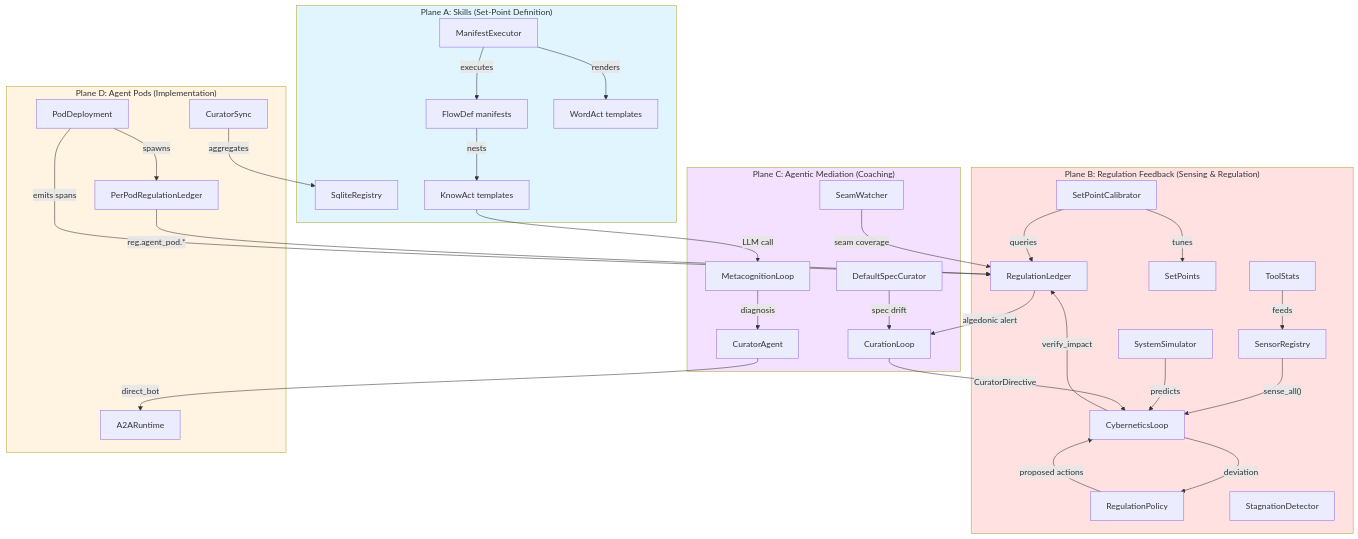
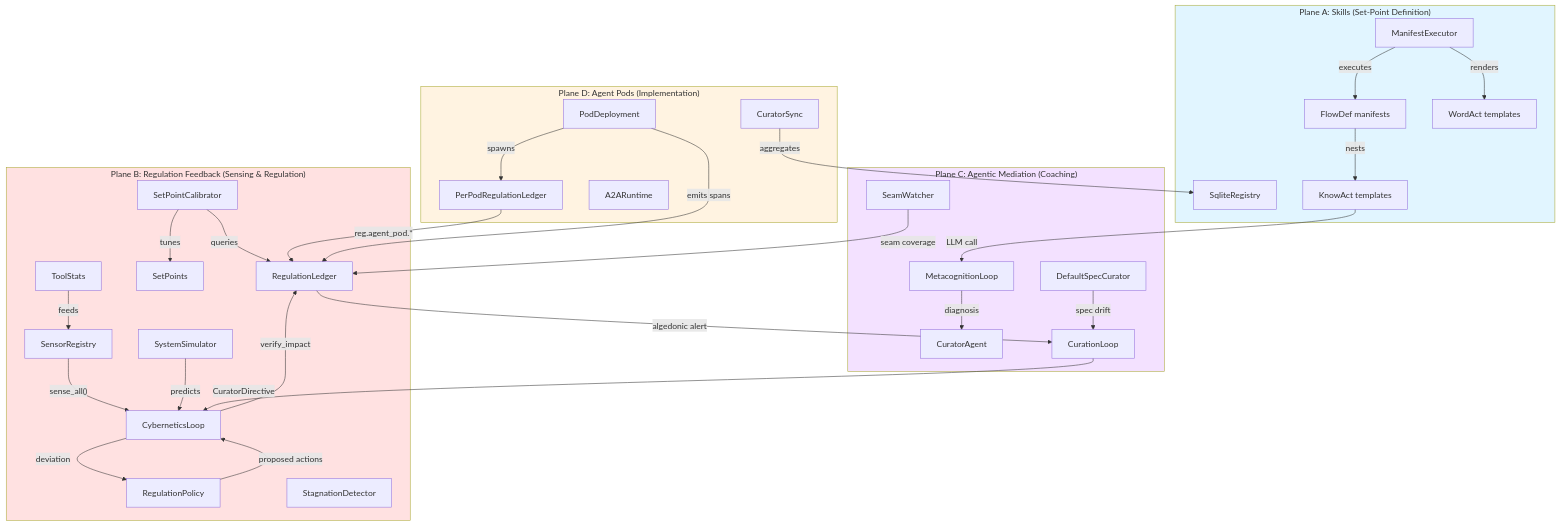
Before and after one commit to mdz-axo/zed-kask: the first of 6 diagrams in kask/docs/architecture/core/toyota-kata-cybernetic-mapping.md, drawn with Mermaid. The commit also changed other lines of this file and 52 other files, not shown here.

````diff
--- a/kask/docs/architecture/core/toyota-kata-cybernetic-mapping.md
+++ b/kask/docs/architecture/core/toyota-kata-cybernetic-mapping.md
@@ -202,68 +203,68 @@
 ```mermaid
 graph TD
     subgraph PlaneA["Plane A: Skills (Set-Point Definition)"]
         ME["ManifestExecutor"]
         SR["SqliteRegistry"]
         FD["FlowDef manifests"]
         KA["KnowAct templates"]
         WA["WordAct templates"]
     end
 
     subgraph PlaneB["Plane B: Regulation Feedback (Sensing & Regulation)"]
         CR["RegulationLedger"]
         CL["CyberneticsLoop"]
         SC["SensorRegistry"]
         RP["RegulationPolicy"]
         SP["SetPoints"]
         SPC["SetPointCalibrator"]
         SD["StagnationDetector"]
         TS["ToolStats"]
         SS["SystemSimulator"]
     end
 
     subgraph PlaneC["Plane C: Agentic Mediation (Coaching)"]
         CA["CuratorAgent"]
         CUL["CurationLoop"]
         ML["MetacognitionLoop"]
         SW["SeamWatcher"]
         DSC["DefaultSpecCurator"]
     end
 
     subgraph PlaneD["Plane D: Agent Pods (Implementation)"]
         PD["PodDeployment"]
         PReg["PerPodRegulationLedger"]
         A2A["A2ARuntime"]
         CS["CuratorSync"]
     end
 
     ME -->|"renders"| WA
     ME -->|"executes"| FD
     FD -->|"nests"| KA
     KA -->|"LLM call"| ML
 
     SC -->|"sense_all()"| CL
     CL -->|"deviation"| RP
     RP -->|"proposed actions"| CL
     CL -->|"verify_impact"| CR
     SPC -->|"queries"| CR
     SPC -->|"tunes"| SP
     SS -->|"predicts"| CL
     TS -->|"feeds"| SC
 
     CR -->|"algedonic alert"| CUL
     CUL -->|"CuratorDirective"| CL
     ML -->|"diagnosis"| CA
-    CA -->|"direct_bot"| A2A
+    %% CA -->|"direct_bot"| A2A  %% DEFERRED (v0.31.0): A2A is not live; edge retained for future wiring
     SW -->|"seam coverage"| CR
     DSC -->|"spec drift"| CUL
 
     PD -->|"spawns"| PReg
     PReg -->|"reg.agent_pod.*"| CR
     PD -->|"emits spans"| CR
     CS -->|"aggregates"| SR
 
     style PlaneA fill:#e1f5ff
     style PlaneB fill:#ffe1e1
     style PlaneC fill:#f3e1ff
     style PlaneD fill:#fff3e1
 ```
````
